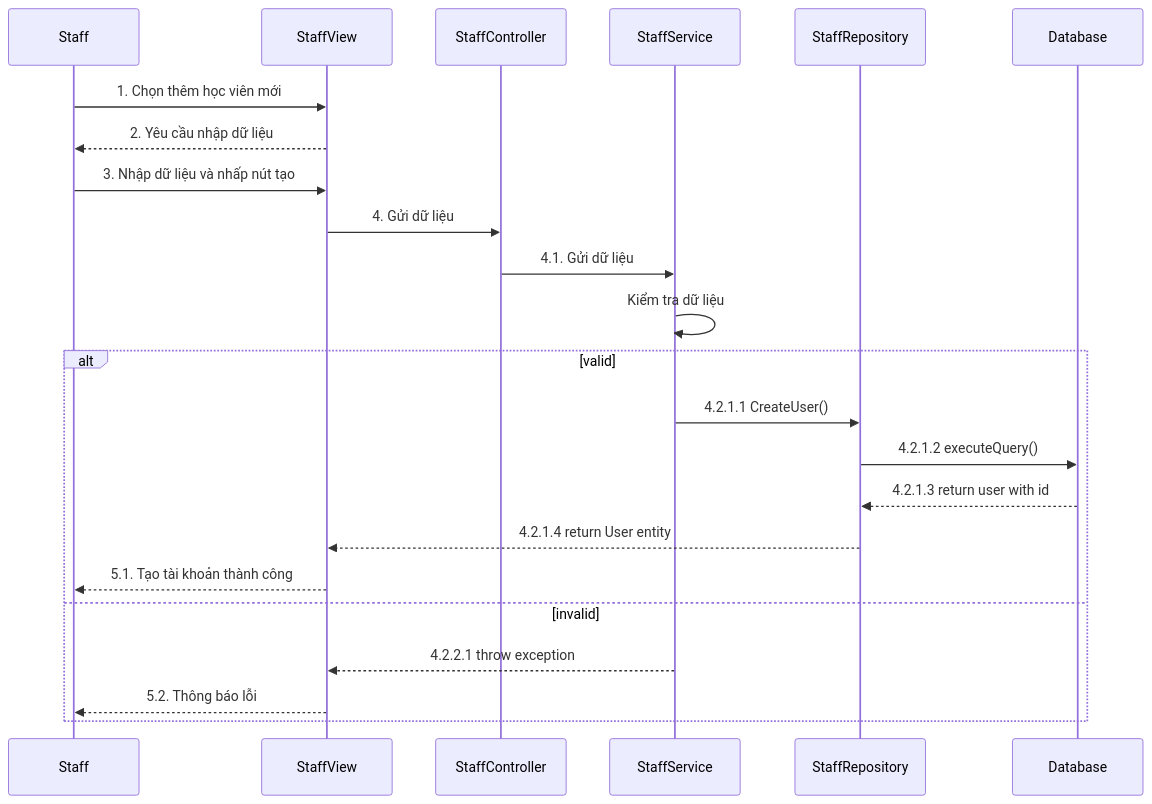
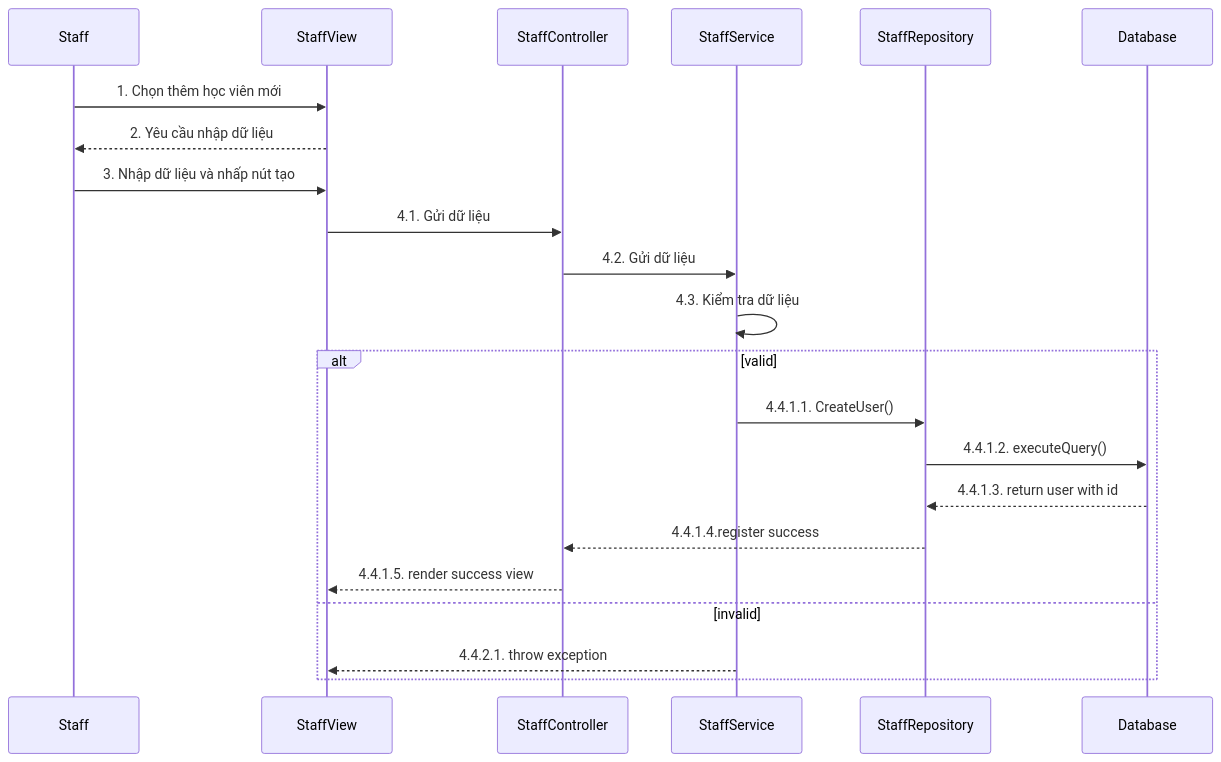
One commit to LienNTB/sequence-CNPM changed the diagram in sequence/staff/Sequence-1-1.TaoHocVien.mmd. Above: the diagram before and after it, drawn with Mermaid. The commit also changed other lines of this file and 6 other files, not shown here.

```diff
--- a/sequence/staff/Sequence-1-1.TaoHocVien.mmd
+++ b/sequence/staff/Sequence-1-1.TaoHocVien.mmd
@@ -1,28 +1,27 @@
 %%# tạo học viên mới
 
 sequenceDiagram
     participant Staff
     participant StaffView
     participant StaffController
     participant StaffService
     participant StaffRepository
     participant Database
 
-    Staff->>StaffView:  1. Chọn thêm học viên mới
+    Staff->>StaffView: 1. Chọn thêm học viên mới
     StaffView-->>Staff: 2. Yêu cầu nhập dữ liệu
     Staff->>StaffView: 3. Nhập dữ liệu và nhấp nút tạo
     
-    StaffView->>StaffController: 4. Gửi dữ liệu 
-    StaffController->>StaffService: 4.1. Gửi dữ liệu
-    StaffService->>StaffService: Kiểm tra dữ liệu
+    StaffView->>StaffController: 4.1. Gửi dữ liệu
+    StaffController->>StaffService: 4.2. Gửi dữ liệu
+    StaffService->>StaffService: 4.3. Kiểm tra dữ liệu
 
     alt valid
-        StaffService->>StaffRepository: 4.2.1.1 CreateUser()
-        StaffRepository->>Database: 4.2.1.2 executeQuery()
-        Database-->>StaffRepository: 4.2.1.3 return user with id
-        StaffRepository-->>StaffView: 4.2.1.4 return User entity
-        StaffView-->>Staff: 5.1. Tạo tài khoản thành công
+        StaffService->>StaffRepository: 4.4.1.1. CreateUser()
+        StaffRepository->>Database: 4.4.1.2. executeQuery()
+        Database-->>StaffRepository: 4.4.1.3. return user with id
+        StaffRepository-->>StaffController: 4.4.1.4.register success
+        StaffController-->>StaffView: 4.4.1.5. render success view
     else invalid
-        StaffService-->>StaffView: 4.2.2.1 throw exception
-        StaffView-->>Staff: 5.2. Thông báo lỗi
+        StaffService-->>StaffView: 4.4.2.1. throw exception
     end
```
